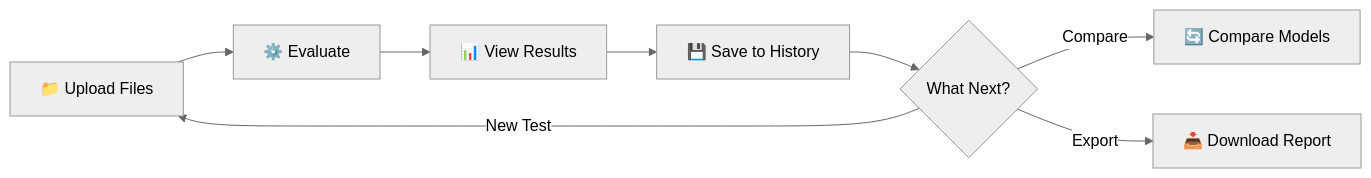
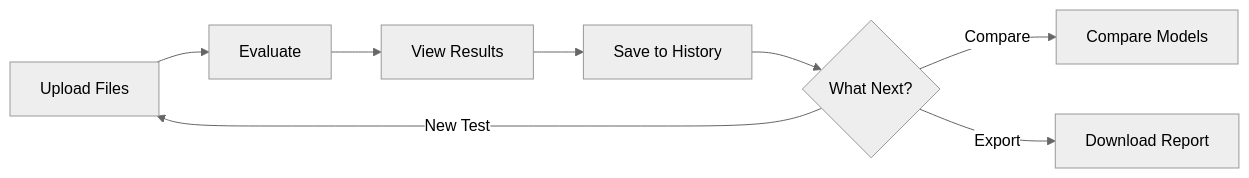
The second of 7 diagrams in architecture.md (anudra/pii-benchmark-framework), drawn with Mermaid (neutral theme) before and after one commit. The commit also changed other lines of this file and 20 other files, not shown here.

````diff
--- a/architecture.md
+++ b/architecture.md
@@ -32,10 +32,10 @@
 ```mermaid
 flowchart LR
-    A[📁 Upload Files] --> B[⚙️ Evaluate]
-    B --> C[📊 View Results]
-    C --> D[💾 Save to History]
+    A[Upload Files] --> B[Evaluate]
+    B --> C[View Results]
+    C --> D[Save to History]
     D --> E{What Next?}
-    E -->|Compare| F[🔄 Compare Models]
-    E -->|Export| G[📥 Download Report]
+    E -->|Compare| F[Compare Models]
+    E -->|Export| G[Download Report]
     E -->|New Test| A
 ```
````
